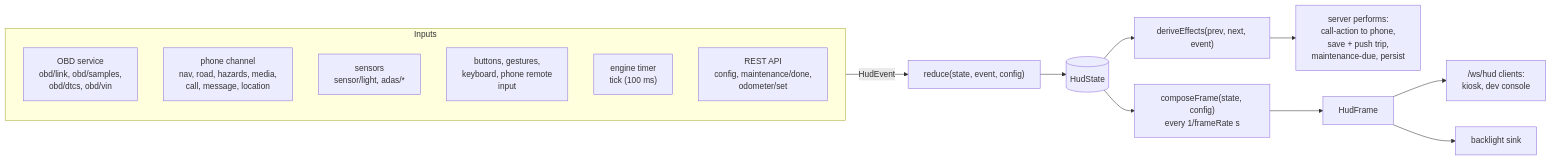
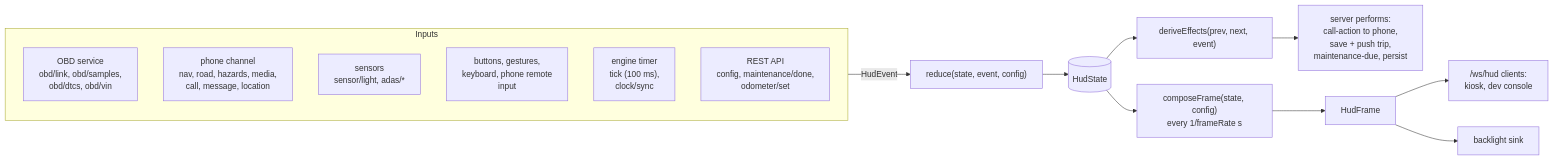
The diagram in docs/architecture.md (Platteration/carheadsup), drawn with Mermaid before and after one commit. The commit also changed other lines of this file and 127 other files, not shown here.

````diff
--- a/docs/architecture.md
+++ b/docs/architecture.md
@@ -37,19 +38,19 @@
 ```mermaid
 flowchart LR
   subgraph sources["Inputs"]
     obd["OBD service<br/>obd/link, obd/samples,<br/>obd/dtcs, obd/vin"]
     phone["phone channel<br/>nav, road, hazards, media,<br/>call, message, location"]
     sensors["sensors<br/>sensor/light, adas/*"]
     input["buttons, gestures,<br/>keyboard, phone remote<br/>input"]
-    clock["engine timer<br/>tick (100 ms)"]
+    clock["engine timer<br/>tick (100 ms),<br/>clock/sync"]
     api["REST API<br/>config, maintenance/done,<br/>odometer/set"]
   end
   sources -->|"HudEvent"| reduce["reduce(state, event, config)"]
   reduce --> state[("HudState")]
   state --> effects["deriveEffects(prev, next, event)"]
   effects --> perform["server performs:<br/>call-action to phone,<br/>save + push trip,<br/>maintenance-due, persist"]
   state --> compose["composeFrame(state, config)<br/>every 1/frameRate s"]
   compose --> frame["HudFrame"]
   frame --> ws["/ws/hud clients:<br/>kiosk, dev console"]
   frame --> backlight["backlight sink"]
 ```
````
